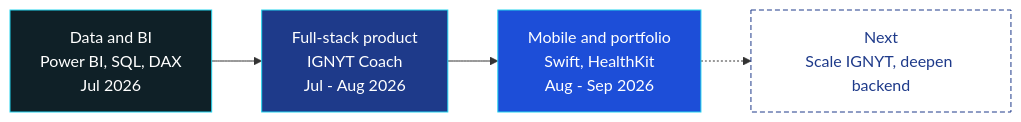
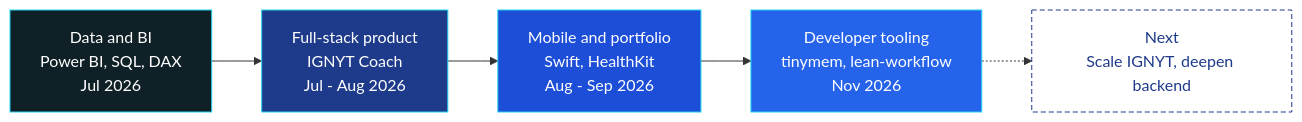
The diagram in README.md (varun642002/varun642002), drawn with Mermaid before and after one commit. The commit also changed other lines of this file, not shown here.

Commit message:
Feature the open-source tools on the profile: tinymem, lean-workflow and erp-starter-kit

````diff
--- a/README.md
+++ b/README.md
@@ -123,11 +136,13 @@
 ```mermaid
 flowchart LR
     A["Data and BI<br/>Power BI, SQL, DAX<br/>Jul 2026"] --> B["Full-stack product<br/>IGNYT Coach<br/>Jul - Aug 2026"]
     B --> C["Mobile and portfolio<br/>Swift, HealthKit<br/>Aug - Sep 2026"]
-    C -.-> D["Next<br/>Scale IGNYT, deepen backend"]
+    C --> D["Developer tooling<br/>tinymem, lean-workflow<br/>Nov 2026"]
+    D -.-> E["Next<br/>Scale IGNYT, deepen backend"]
 
     style A fill:#0f2027,stroke:#22d3ee,color:#ffffff
     style B fill:#1e3a8a,stroke:#22d3ee,color:#ffffff
     style C fill:#1d4ed8,stroke:#22d3ee,color:#ffffff
-    style D fill:#ffffff,stroke:#1e3a8a,stroke-dasharray:5 3,color:#1e3a8a
+    style D fill:#2563eb,stroke:#22d3ee,color:#ffffff
+    style E fill:#ffffff,stroke:#1e3a8a,stroke-dasharray:5 3,color:#1e3a8a
 ```
````
